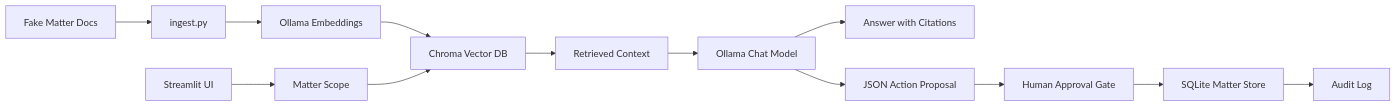
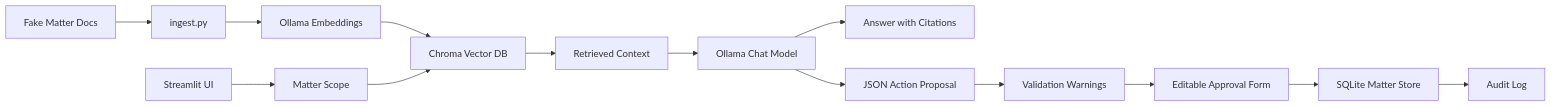
The diagram in README.md (GCdominguez/mini-lois-caseops), drawn with Mermaid before and after one commit. The commit also changed other lines of this file, not shown here.

````diff
--- a/README.md
+++ b/README.md
@@ -19,15 +24,16 @@
 ```mermaid
 flowchart LR
     A[Fake Matter Docs] --> B[ingest.py]
     B --> C[Ollama Embeddings]
     C --> D[Chroma Vector DB]
     E[Streamlit UI] --> F[Matter Scope]
     F --> D
     D --> G[Retrieved Context]
     G --> H[Ollama Chat Model]
     H --> I[Answer with Citations]
     H --> J[JSON Action Proposal]
-    J --> K[Human Approval Gate]
-    K --> L[SQLite Matter Store]
-    L --> M[Audit Log]
+    J --> K[Validation Warnings]
+    K --> L[Editable Approval Form]
+    L --> M[SQLite Matter Store]
+    M --> N[Audit Log]
 ```
````
